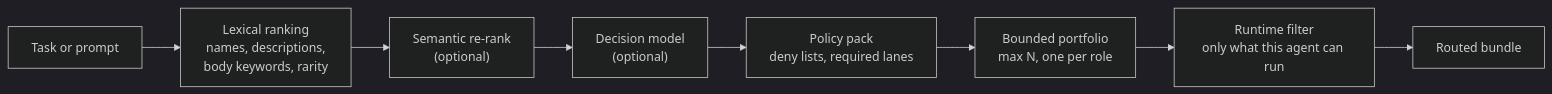
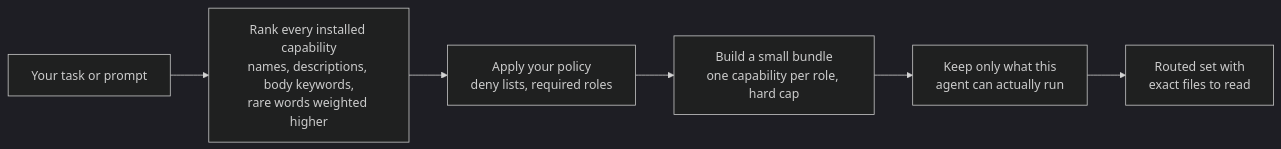
Before and after one commit to Hannay001/lockkeeper: the diagram in README.md, drawn with Mermaid (dark theme). The commit also changed other lines of this file and 3 other files, not shown here.

````diff
--- a/README.md
+++ b/README.md
@@ -165,10 +159,8 @@
 ```mermaid
 flowchart LR
-    T["Task or prompt"] --> S["Lexical ranking<br/>names, descriptions,<br/>body keywords, rarity"]
-    S --> O["Semantic re-rank<br/>(optional)"]
-    O --> D["Decision model<br/>(optional)"]
-    D --> P["Policy pack<br/>deny lists, required lanes"]
-    P --> B["Bounded portfolio<br/>max N, one per role"]
-    B --> F["Runtime filter<br/>only what this agent can run"]
-    F --> R["Routed bundle"]
+    T["Your task or prompt"] --> S["Rank every installed capability<br/>names, descriptions, body keywords,<br/>rare words weighted higher"]
+    S --> P["Apply your policy<br/>deny lists, required roles"]
+    P --> B["Build a small bundle<br/>one capability per role, hard cap"]
+    B --> F["Keep only what this<br/>agent can actually run"]
+    F --> R["Routed set with<br/>exact files to read"]
 ```
````
